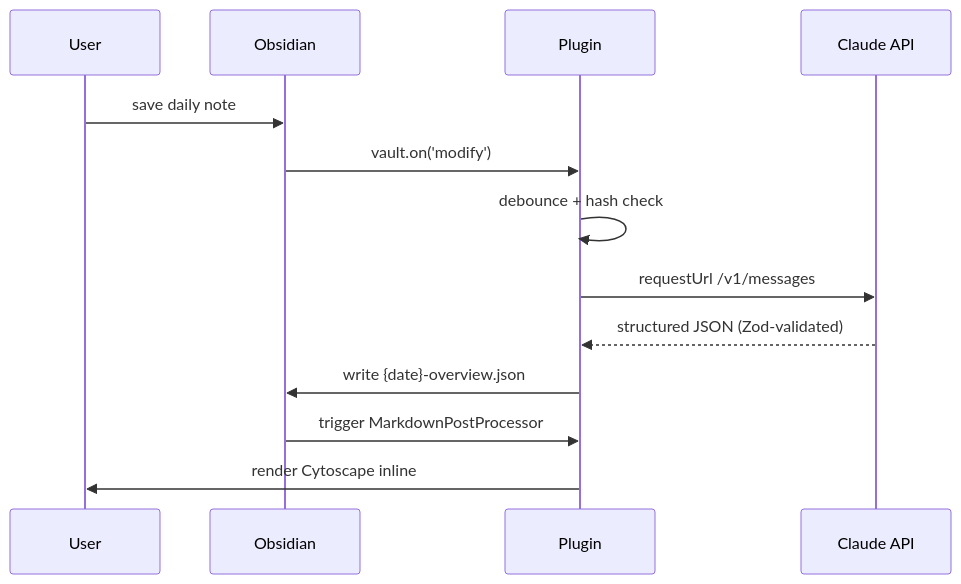
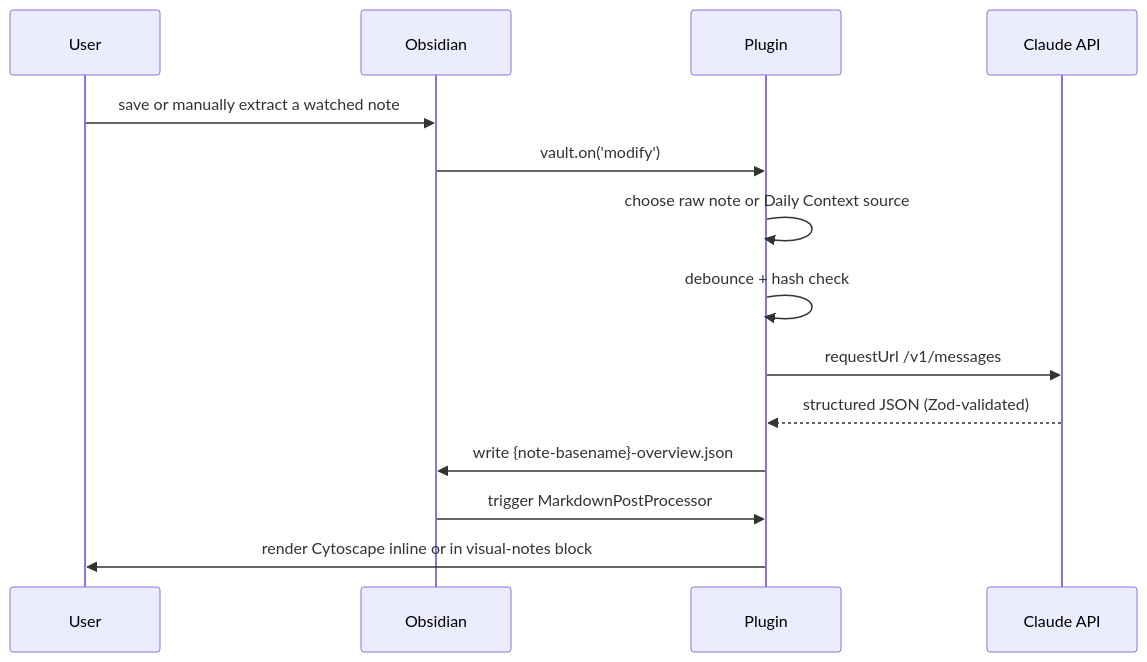
One commit to bobthearsonist/visual-notes changed the diagram in plugins/obsidian-plugin/README.md. Above: the diagram before and after it, drawn with Mermaid. The commit also changed other lines of this file and 13 other files, not shown here.

First line of the commit message:
wip(obsidian): visual-notes code block + anthropic helper extraction

````diff
--- a/plugins/obsidian-plugin/README.md
+++ b/plugins/obsidian-plugin/README.md
@@ -82,16 +84,17 @@
 ```mermaid
 sequenceDiagram
     participant User
     participant Obsidian
     participant Plugin
     participant API as Claude API
 
-    User->>Obsidian: save daily note
+    User->>Obsidian: save or manually extract a watched note
     Obsidian->>Plugin: vault.on('modify')
+    Plugin->>Plugin: choose raw note or Daily Context source
     Plugin->>Plugin: debounce + hash check
     Plugin->>API: requestUrl /v1/messages
     API-->>Plugin: structured JSON (Zod-validated)
-    Plugin->>Obsidian: write {date}-overview.json
+    Plugin->>Obsidian: write {note-basename}-overview.json
     Obsidian->>Plugin: trigger MarkdownPostProcessor
-    Plugin->>User: render Cytoscape inline
+    Plugin->>User: render Cytoscape inline or in visual-notes block
 ```
````
